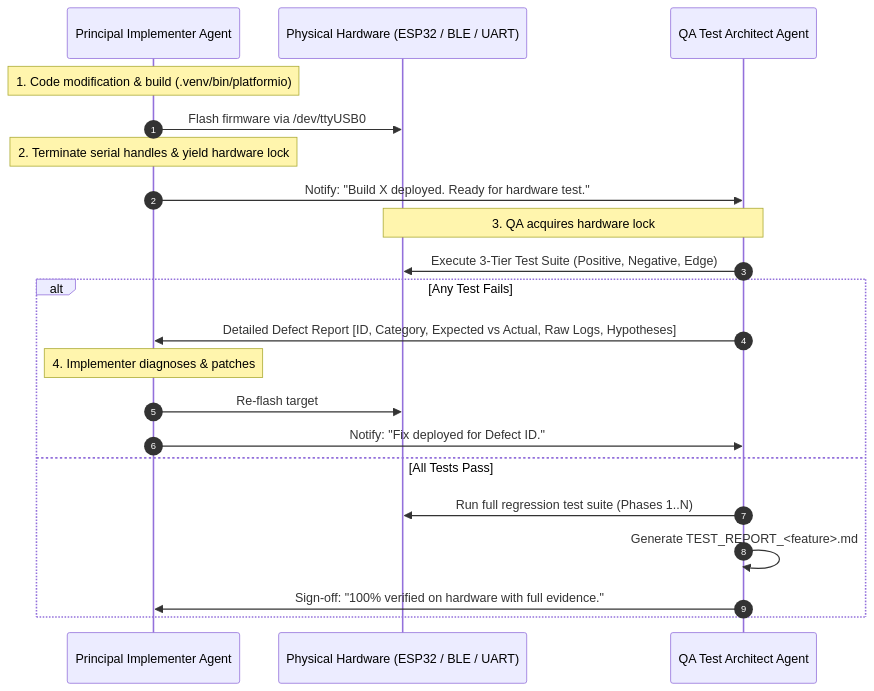
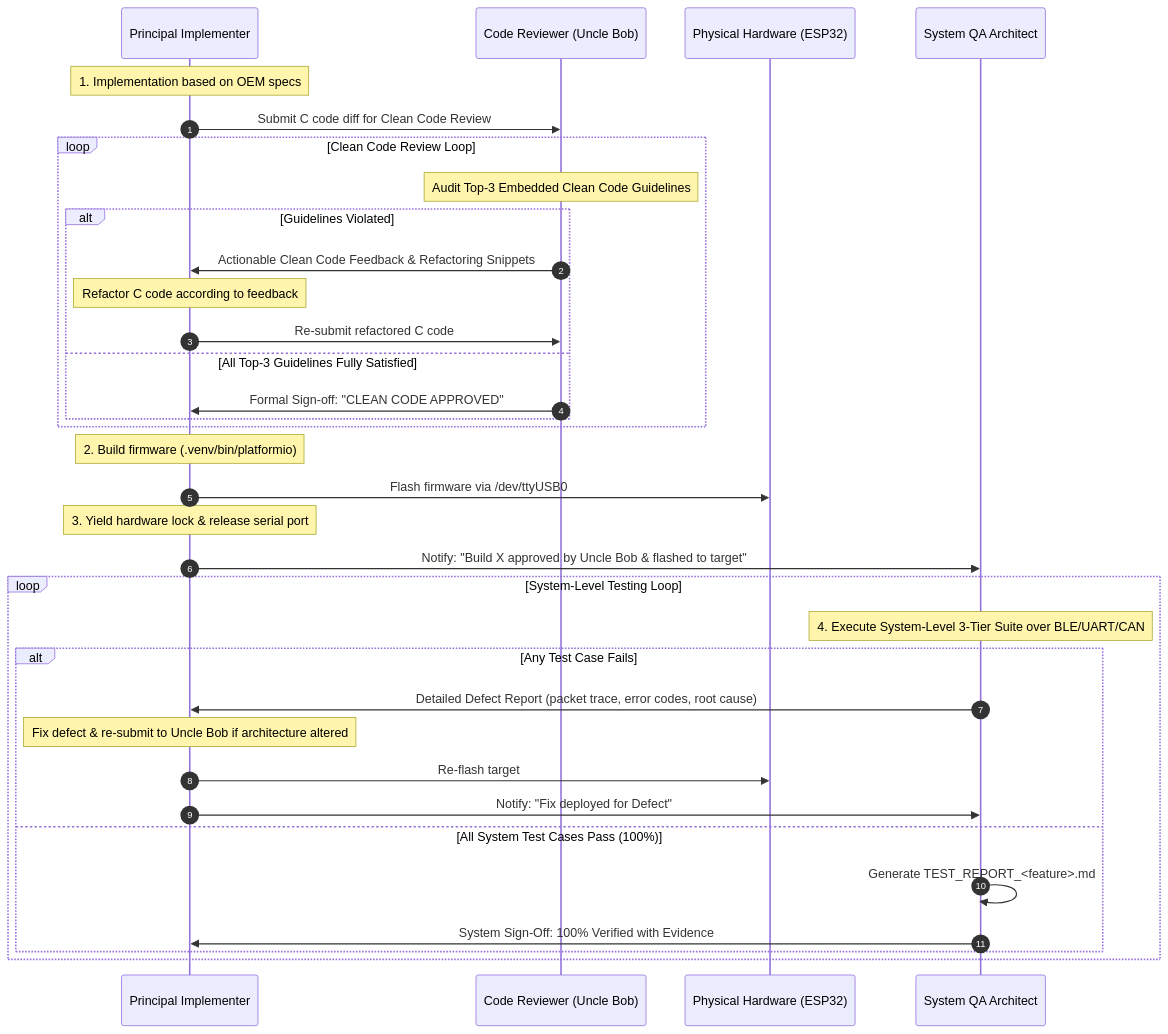
The diagram in .agent/skills/vci-tdd-team/SKILL.md (aam2kor/obd_scanner), drawn with Mermaid before and after one commit. The commit also changed other lines of this file and 1 other file, not shown here.

Commit message:
feat(tdd): integrate Uncle Bob Clean Code Review agent into vci-tdd-team workflow

````diff
--- a/.agent/skills/vci-tdd-team/SKILL.md
+++ b/.agent/skills/vci-tdd-team/SKILL.md
@@ -108,24 +92,39 @@
 ```mermaid
 sequenceDiagram
     autonumber
-    participant I as Principal Implementer Agent
-    participant HW as Physical Hardware (ESP32 / BLE / UART)
-    participant Q as QA Test Architect Agent
+    participant I as Principal Implementer
+    participant CR as Code Reviewer (Uncle Bob)
+    participant HW as Physical Hardware (ESP32)
+    participant QA as System QA Architect
 
-    Note over I: 1. Code modification & build (.venv/bin/platformio)
+    Note over I: 1. Implementation based on OEM specs
+    I->>CR: Submit C code diff for Clean Code Review
+    loop Clean Code Review Loop
+        Note over CR: Audit Top-3 Embedded Clean Code Guidelines
+        alt Guidelines Violated
+            CR->>I: Actionable Clean Code Feedback & Refactoring Snippets
+            Note over I: Refactor C code according to feedback
+            I->>CR: Re-submit refactored C code
+        else All Top-3 Guidelines Fully Satisfied
+            CR->>I: Formal Sign-off: "CLEAN CODE APPROVED"
+        end
+    end
+
+    Note over I: 2. Build firmware (.venv/bin/platformio)
     I->>HW: Flash firmware via /dev/ttyUSB0
-    Note over I: 2. Terminate serial handles & yield hardware lock
-    I->>Q: Notify: "Build X deployed. Ready for hardware test."
-    Note over Q,HW: 3. QA acquires hardware lock
-    Q->>HW: Execute 3-Tier Test Suite (Positive, Negative, Edge)
-    alt Any Test Fails
-        Q->>I: Detailed Defect Report [ID, Category, Expected vs Actual, Raw Logs, Hypotheses]
-        Note over I: 4. Implementer diagnoses & patches
-        I->>HW: Re-flash target
-        I->>Q: Notify: "Fix deployed for Defect ID."
-    else All Tests Pass
-        Q->>HW: Run full regression test suite (Phases 1..N)
-        Q->>Q: Generate TEST_REPORT_<feature>.md
-        Q->>I: Sign-off: "100% verified on hardware with full evidence."
+    Note over I: 3. Yield hardware lock & release serial port
+    I->>QA: Notify: "Build X approved by Uncle Bob & flashed to target"
+
+    loop System-Level Testing Loop
+        Note over QA: 4. Execute System-Level 3-Tier Suite over BLE/UART/CAN
+        alt Any Test Case Fails
+            QA->>I: Detailed Defect Report (packet trace, error codes, root cause)
+            Note over I: Fix defect & re-submit to Uncle Bob if architecture altered
+            I->>HW: Re-flash target
+            I->>QA: Notify: "Fix deployed for Defect"
+        else All System Test Cases Pass (100%)
+            QA->>QA: Generate TEST_REPORT_<feature>.md
+            QA->>I: System Sign-Off: 100% Verified with Evidence
+        end
     end
 ```
````
